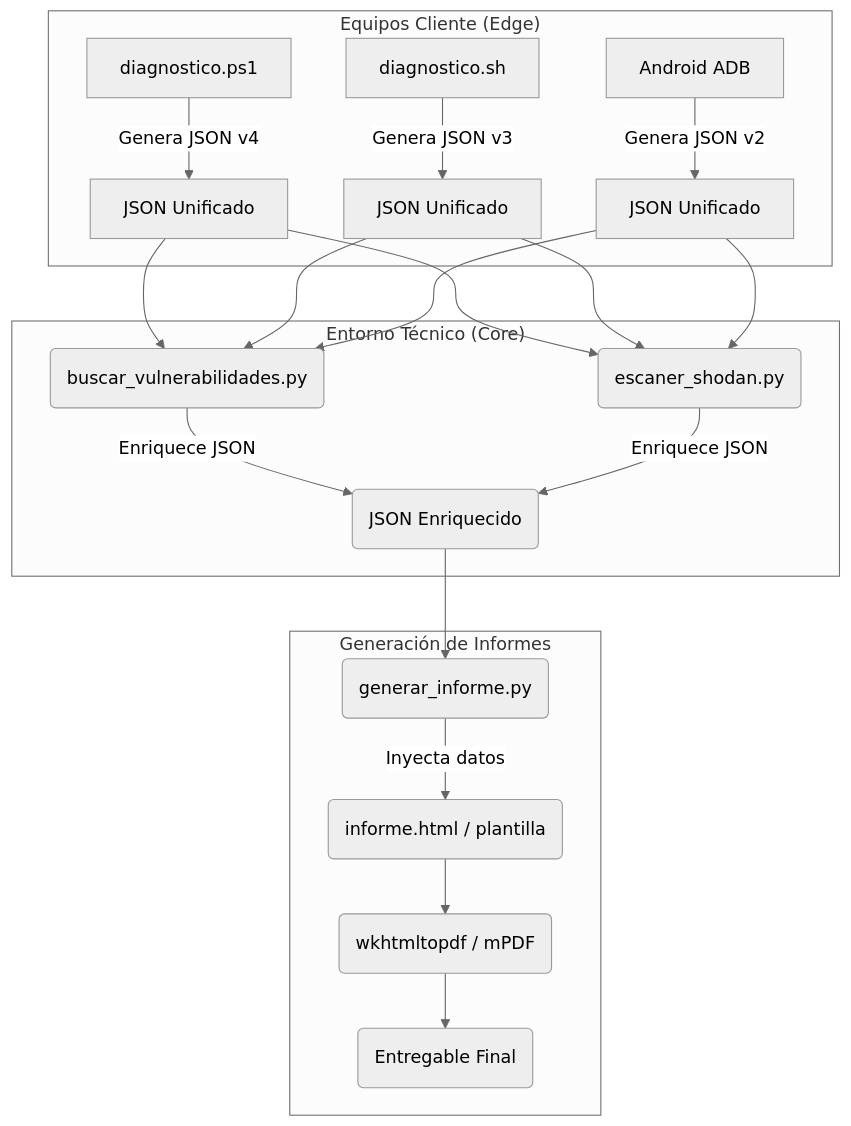
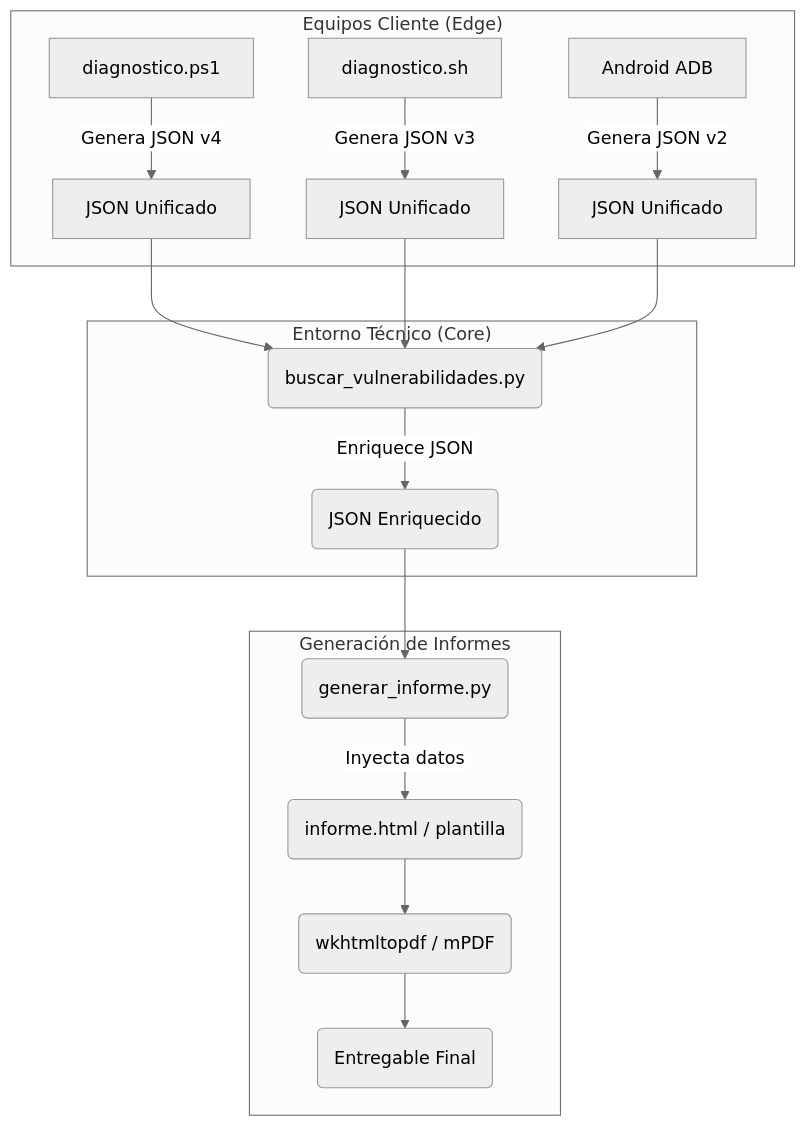
One commit to Haplee/ResolvCore changed the diagram in docs/scripting/arquitectura-scripting.md. Above: the diagram before and after it, drawn with Mermaid (neutral theme). The commit also changed other lines of this file and 47 other files, not shown here.

````diff
--- a/docs/scripting/arquitectura-scripting.md
+++ b/docs/scripting/arquitectura-scripting.md
@@ -12,22 +12,20 @@
 ```mermaid
 graph TD
     subgraph Edge ["Equipos Cliente (Edge)"]
         W[diagnostico.ps1] -->|Genera JSON v4| J1[JSON Unificado]
         L[diagnostico.sh] -->|Genera JSON v3| J2[JSON Unificado]
         A[Android ADB] -->|Genera JSON v2| J3[JSON Unificado]
     end
 
     subgraph Core ["Entorno Técnico (Core)"]
         J1 & J2 & J3 --> BV(buscar_vulnerabilidades.py)
-        J1 & J2 & J3 --> SL(escaner_shodan.py)
         BV -->|Enriquece JSON| JSON_FIN(JSON Enriquecido)
-        SL -->|Enriquece JSON| JSON_FIN
     end
 
     subgraph Report ["Generación de Informes"]
         JSON_FIN --> GI(generar_informe.py)
         GI -->|Inyecta datos| TPL(informe.html / plantilla)
         TPL --> PDF(wkhtmltopdf / mPDF)
         PDF --> CLIENTE(Entregable Final)
     end
 ```
````
